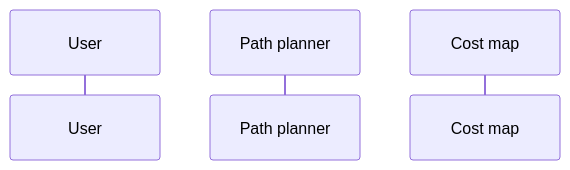
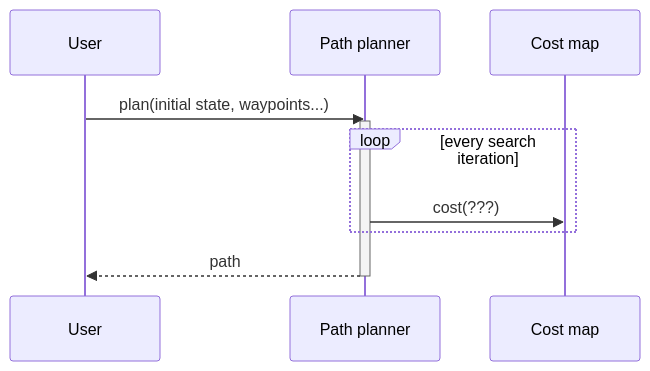
The second of 2 diagrams in docs/vault/api.md (henrikuuste/codejam22-template), drawn with Mermaid before and after one commit. The commit also changed other lines of this file and 3 other files, not shown here.

````diff
--- a/docs/vault/api.md
+++ b/docs/vault/api.md
@@ -40,6 +48,13 @@
 ```mermaid
 sequenceDiagram
   participant U as User
   participant PP as Path planner
   participant CM as Cost map
+  U ->> PP: plan(initial state, waypoints...)
+  activate PP
+  loop every search iteration
+    PP ->> CM: cost(???)
+  end
+  PP -->> U: path
+  deactivate PP
 ```
````
